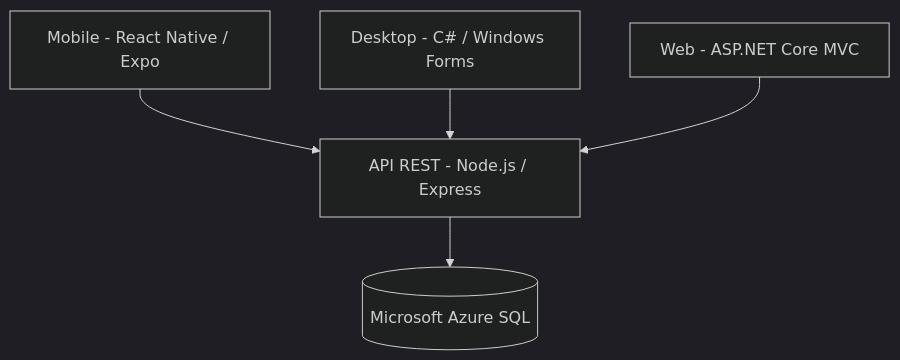
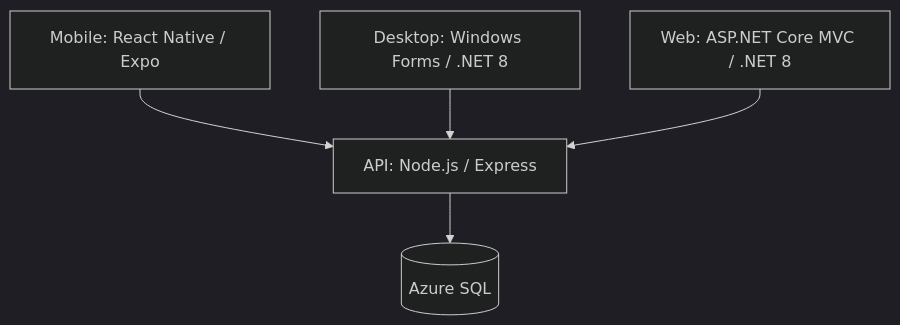
Before and after one commit to guilhermeamst/PIM-IV: the diagram in README.md, drawn with Mermaid (dark theme). The commit also changed other lines of this file and 4 other files, not shown here.

````diff
--- a/README.md
+++ b/README.md
@@ -19,7 +17,7 @@
 ```mermaid
 flowchart TD
-    M[Mobile - React Native / Expo] --> A[API REST - Node.js / Express]
-    D[Desktop - C# / Windows Forms] --> A
-    W[Web - ASP.NET Core MVC] --> A
-    A --> B[(Microsoft Azure SQL)]
+ M[Mobile: React Native / Expo] --> A[API: Node.js / Express]
+ D[Desktop: Windows Forms / .NET 8] --> A
+ W[Web: ASP.NET Core MVC / .NET 8] --> A
+ A --> B[(Azure SQL)]
 ```
````
